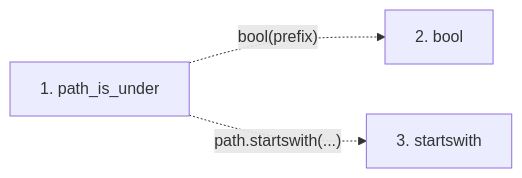
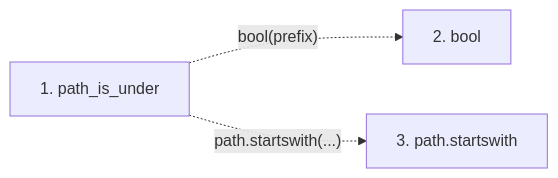
One commit to Denissvgn/python-wiki-llm changed the second of 2 diagrams in docs/llm_wiki/flows/api-path_is_under.md. Above: the diagram before and after it, drawn with Mermaid. The commit also changed other lines of this file and 719 other files, not shown here.

````diff
--- a/docs/llm_wiki/flows/api-path_is_under.md
+++ b/docs/llm_wiki/flows/api-path_is_under.md
@@ -22,9 +22,9 @@
 ```mermaid
 flowchart LR
     s1["1. path_is_under"]
     s2["2. bool"]
-    s3["3. startswith"]
+    s3["3. path.startswith"]
     s1 -. "bool(prefix)" .-> s2
     s1 -. "path.startswith(...)" .-> s3
     click s1 "../modules/validation.md"
 ```
````
